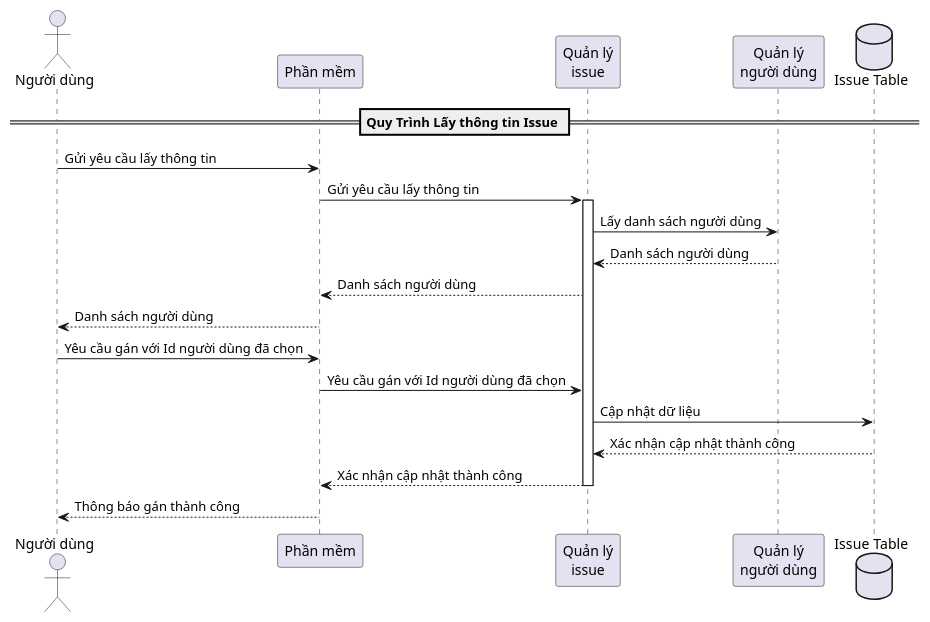
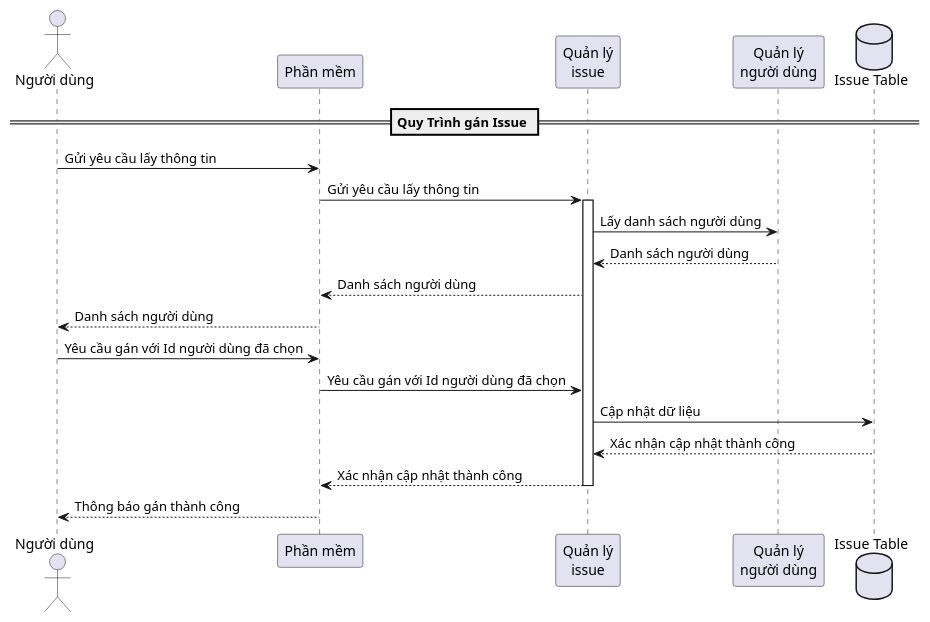
The diagram in SWE102x/Assignment2/Issue-Assign.plantuml (nguyentanphat8694/LearningAssigment), drawn with PlantUML before and after one commit. The commit also changed 6 other files, not shown here.

```diff
--- a/SWE102x/Assignment2/Issue-Assign.plantuml
+++ b/SWE102x/Assignment2/Issue-Assign.plantuml
@@ -1,23 +1,23 @@
 @startuml
 actor "Người dùng" as nd
 participant "Phần mềm" as pm
 participant "Quản lý\nissue" as qlis
 participant "Quản lý\nngười dùng" as qlnd
 database "Issue Table" as dbr
 
-== Quy Trình Lấy thông tin Issue ==
+== Quy Trình gán Issue ==
 nd -> pm : Gửi yêu cầu lấy thông tin
 pm -> qlis : Gửi yêu cầu lấy thông tin
 activate qlis
 qlis -> qlnd : Lấy danh sách người dùng
 qlnd --> qlis : Danh sách người dùng
 qlis --> pm : Danh sách người dùng
 pm --> nd : Danh sách người dùng
 nd -> pm : Yêu cầu gán với Id người dùng đã chọn
 pm -> qlis : Yêu cầu gán với Id người dùng đã chọn
 qlis -> dbr : Cập nhật dữ liệu
 dbr --> qlis : Xác nhận cập nhật thành công
 qlis --> pm : Xác nhận cập nhật thành công
 deactivate qlis
 pm --> nd : Thông báo gán thành công
 @enduml
```
